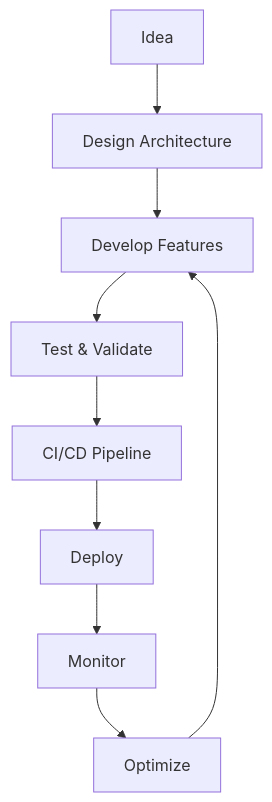
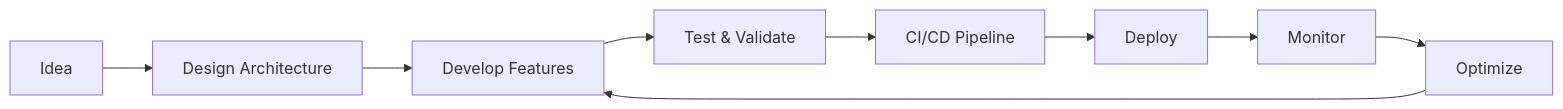
One commit to momonaim/momonaim changed the second of 3 diagrams in README.md. Above: the diagram before and after it, drawn with Mermaid.

Commit message:
Change workflow diagram orientation to left-right
Update workflow diagram direction from TD to LR.

````diff
--- a/README.md
+++ b/README.md
@@ -136,11 +136,11 @@
 ```mermaid
-flowchart TD
+flowchart LR
     A[Idea] --> B[Design Architecture]
     B --> C[Develop Features]
     C --> D[Test & Validate]
     D --> E[CI/CD Pipeline]
     E --> F[Deploy]
     F --> G[Monitor]
     G --> H[Optimize]
     H --> C
 ```
````
